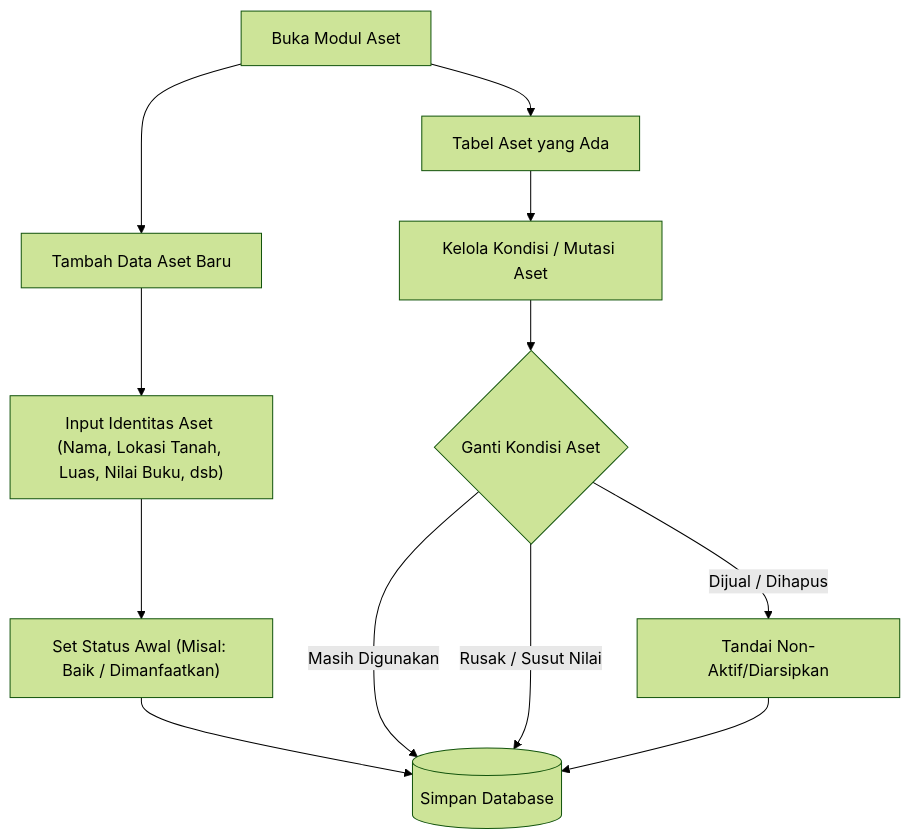
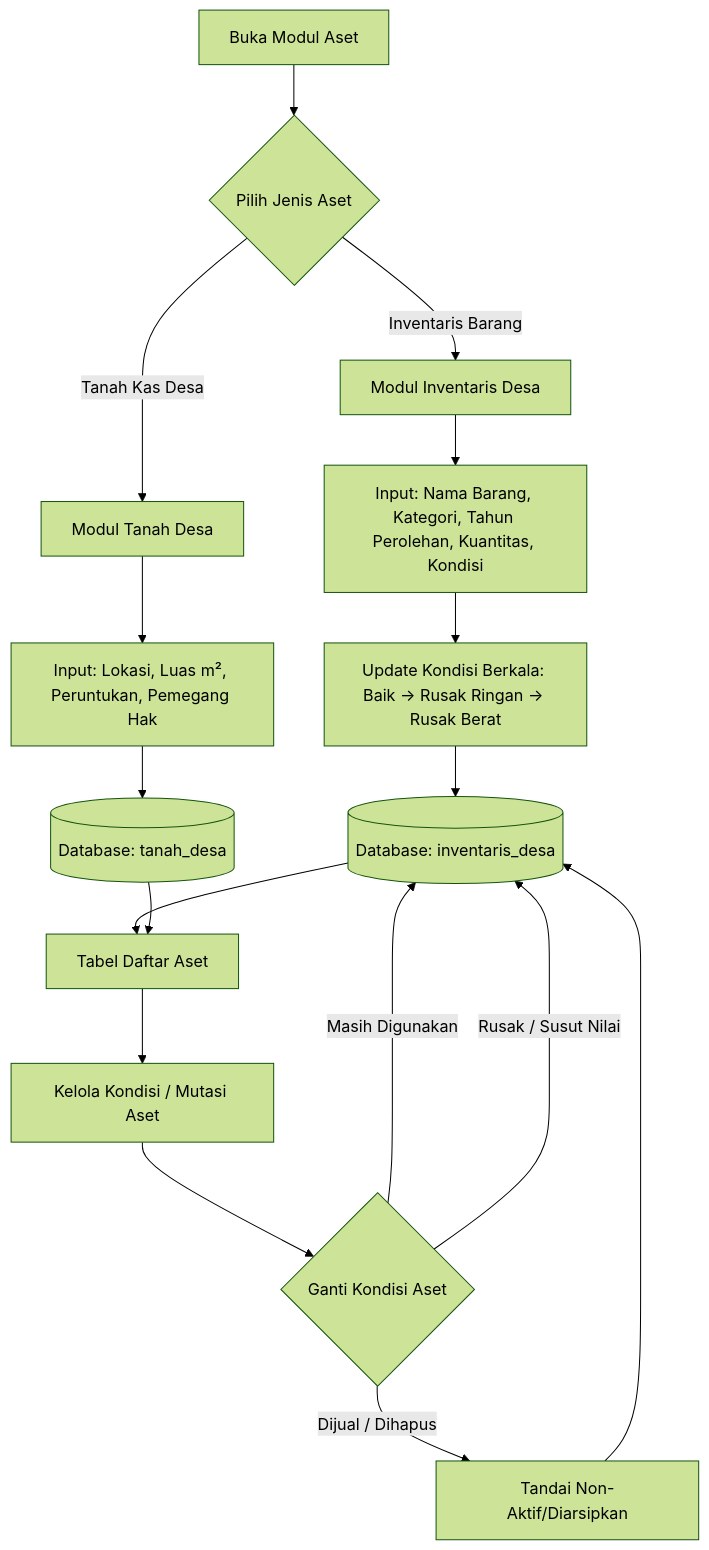
The ninth of 9 diagrams in docs/DIAGRAM_APLIKASI.md (AbdurRouf05/sid-desa), drawn with Mermaid (forest theme) before and after one commit. The commit also changed other lines of this file and 1 other file, not shown here.

Commit message:
refactor(aset): hapus collection aset_desa, gunakan inventaris_desa & tanah_desa

````diff
--- a/docs/DIAGRAM_APLIKASI.md
+++ b/docs/DIAGRAM_APLIKASI.md
@@ -236,15 +236,22 @@
 ```mermaid
 graph TD
-    BukaAset[Buka Modul Aset] --> TambahAset[Tambah Data Aset Baru]
-    BukaAset --> ListAset[Tabel Aset yang Ada]
+    BukaAset[Buka Modul Aset] --> PilihanModul{"Pilih Jenis Aset"}
+    
+    PilihanModul -- "Inventaris Barang" --> Inventaris[Modul Inventaris Desa]
+    Inventaris --> FormInv["Input: Nama Barang, Kategori, Tahun Perolehan, Kuantitas, Kondisi"]
+    FormInv --> UpdateKondisi["Update Kondisi Berkala: Baik → Rusak Ringan → Rusak Berat"]
+    UpdateKondisi --> SDBInv[("Database: inventaris_desa")]
+    
+    PilihanModul -- "Tanah Kas Desa" --> Tanah[Modul Tanah Desa]
+    Tanah --> FormTanah["Input: Lokasi, Luas m², Peruntukan, Pemegang Hak"]
+    FormTanah --> SDBTanah[("Database: tanah_desa")]
 
-    TambahAset --> FormAset["Input Identitas Aset (Nama, Lokasi Tanah, Luas, Nilai Buku, dsb)"]
-    FormAset --> StatusAwal["Set Status Awal (Misal: Baik / Dimanfaatkan)"]
-    StatusAwal --> SDBAset[("Simpan Database")]
-
+    SDBInv --> ListAset[Tabel Daftar Aset]
+    SDBTanah --> ListAset
+    
     ListAset --> UpdateAset[Kelola Kondisi / Mutasi Aset]
     UpdateAset --> UbahStatus{"Ganti Kondisi Aset"}
-    UbahStatus -- "Masih Digunakan" --> SDBAset
-    UbahStatus -- "Rusak / Susut Nilai" --> SDBAset
-    UbahStatus -- "Dijual / Dihapus" --> TandaiArsip[Tandai Non-Aktif/Diarsipkan] --> SDBAset
+    UbahStatus -- "Masih Digunakan" --> SDBInv
+    UbahStatus -- "Rusak / Susut Nilai" --> SDBInv
+    UbahStatus -- "Dijual / Dihapus" --> TandaiArsip[Tandai Non-Aktif/Diarsipkan] --> SDBInv
 ```
````
